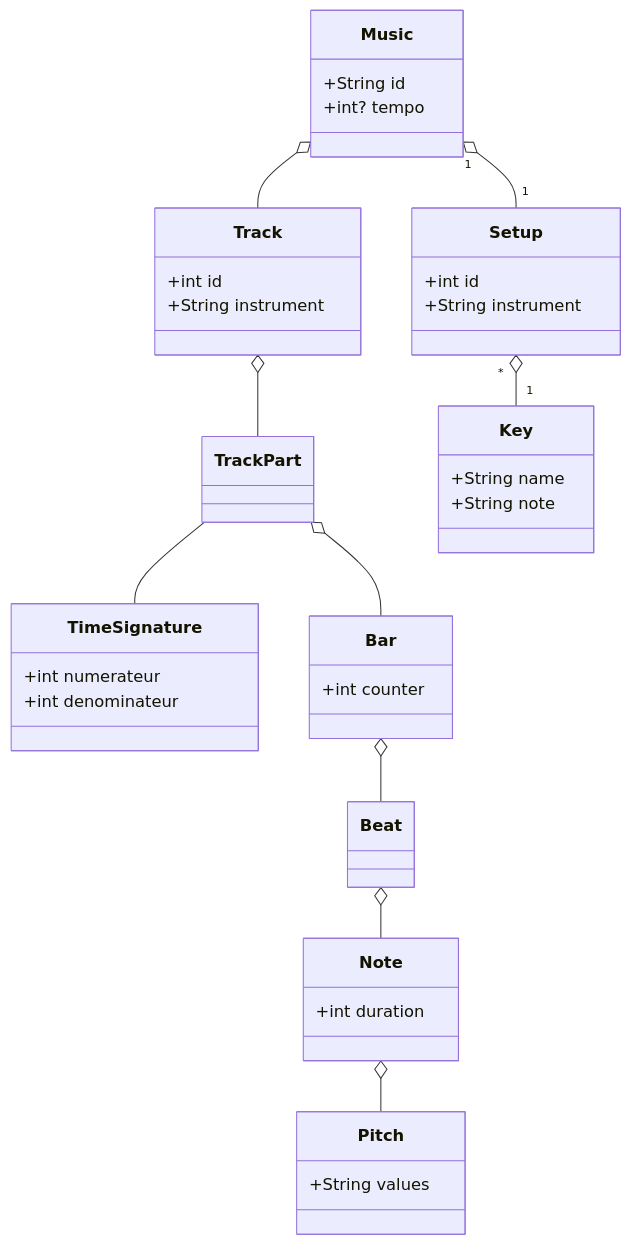
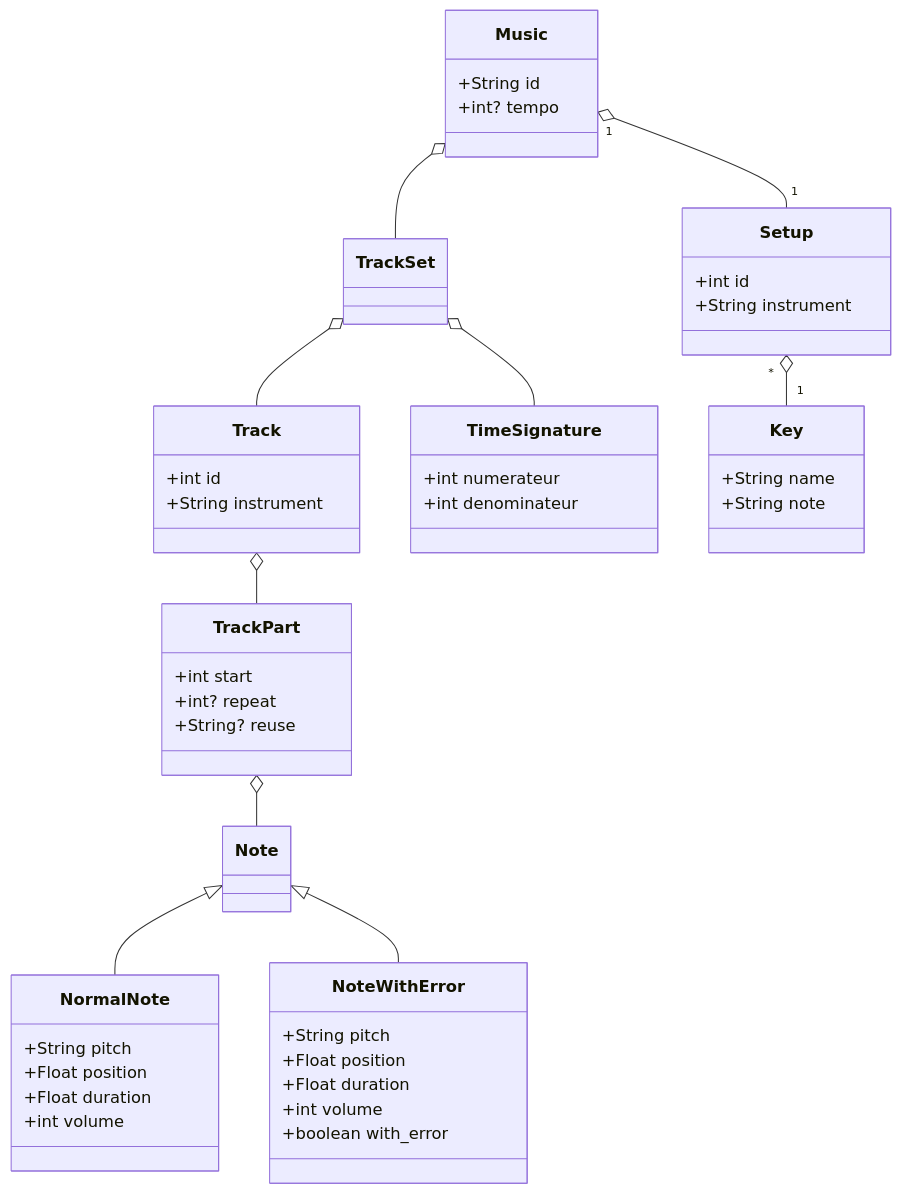
Before and after one commit to Jules-Prince/musicae: the diagram in README.md, drawn with Mermaid.

````diff
--- a/README.md
+++ b/README.md
@@ -21,58 +21,69 @@
 ```mermaid
 
 classDiagram
-    Music o-- Track
+    Music o-- TrackSet
+    Track o-- TrackPart
+    TrackSet o-- TimeSignature
+    TrackSet o-- Track
+    TrackPart o-- Note
+    Note <|-- NormalNote
+    Note <|-- NoteWithError
+
     Music "1" o-- "1" Setup
-    Track o-- TrackPart
     Setup "*" o-- "1" Key
-    TrackPart -- TimeSignature
-    TrackPart o-- Bar
-    Note o-- Pitch
-    Bar o-- Beat
-    Beat o-- Note
+
 
     class Music{
       +String id
       +int? tempo
+    }
+
+    class TrackSet{
+
     }
 
     class Track{
       +int id
       +String instrument
     }
 
     class TrackPart{
-    }
-    
-    class Bar{
-        +int counter
-
+        +int start
+        +int? repeat
+        +String? reuse
     }
     
     class TimeSignature{
         +int numerateur
         +int denominateur
-    }
-
-    class Beat{
-
-    }
-
-    class Note{
-        +int duration
-    }
-
-    class Pitch{
-        +String values
     }
 
     class Setup {
       +int id
       +String instrument
     }
 
     class Key {
         +String name
         +String note
     }
+
+    class Note {
+
+    }
+
+    class NormalNote {
+        +String pitch
+        +Float position
+        +Float duration
+        +int volume
+    }
+
+    class NoteWithError {
+        +String pitch
+        +Float position
+        +Float duration
+        +int volume
+        +boolean with_error
+    }
 ```
````
